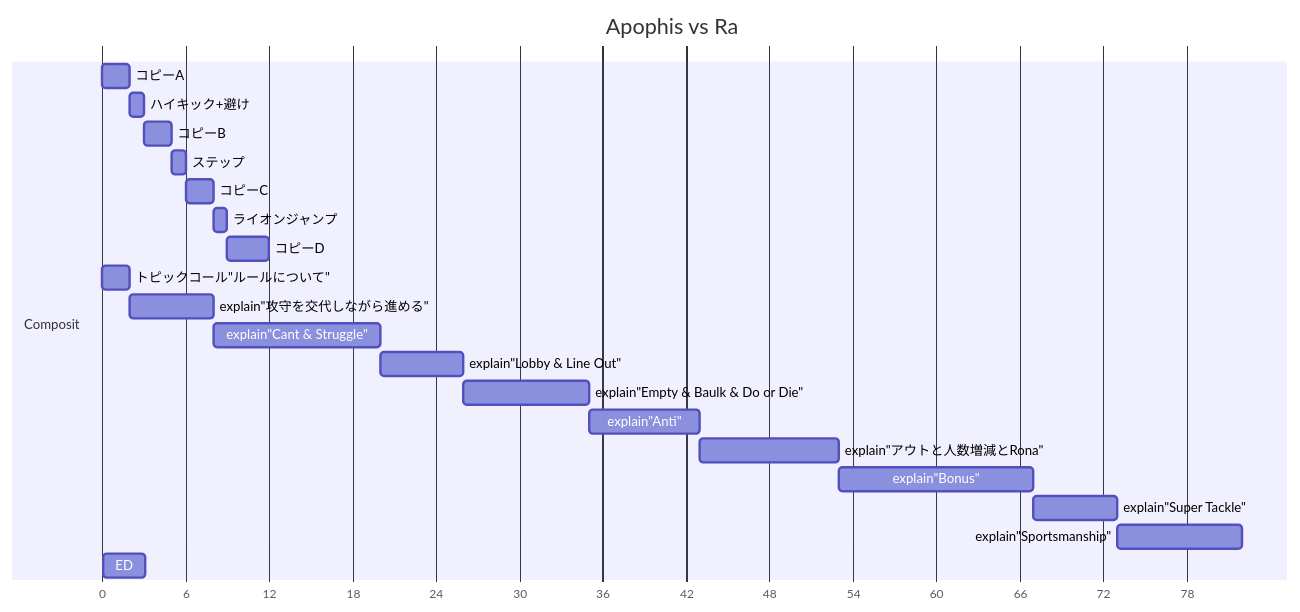
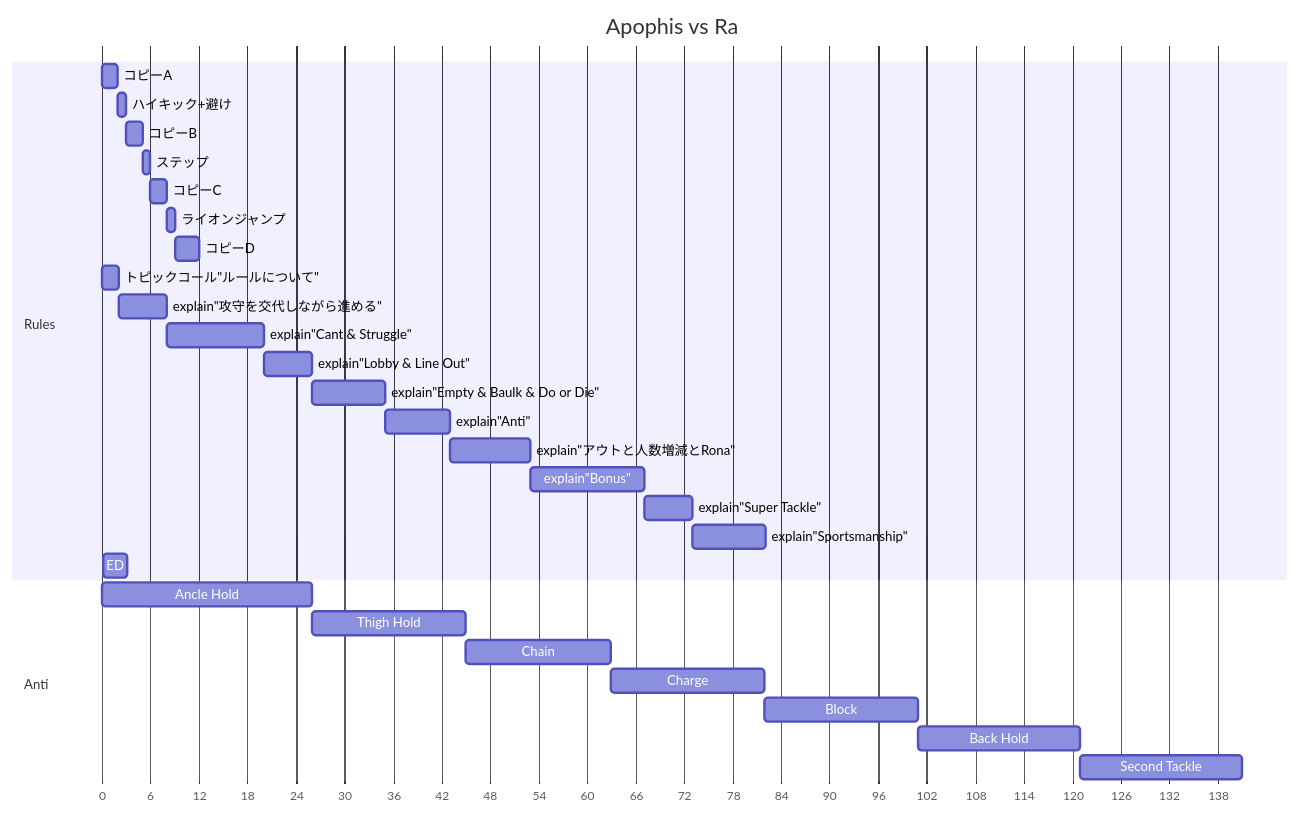
The first of 2 diagrams in README.md (4hoe8pow/Ancient), drawn with Mermaid before and after one commit.

````diff
--- a/README.md
+++ b/README.md
@@ -5,33 +5,42 @@
 ```mermaid
 gantt
     dateFormat  X
     axisFormat  %s
     tickInterval 6second
     title      Apophis vs Ra
     %% Unified to 97 seconds in total
 
     %% To avoid wasting time on titles like "Episode x: △△", use embedded objects in the opening scene for expression (it doesn't matter if it's unnoticed)
     %% ED === Next Episode Preview
 
-    section Composit
+    section Rules
     コピーA :e1, 0, 2s
     ハイキック+避け :e2, after e1, 1s
     コピーB : e3, after e2, 2s
     ステップ :e4, after e3, 1s
     コピーC : e5, after e4, 2s
     ライオンジャンプ :e6, after e5, 1s
     コピーD : e7, after e6, 3s
     トピックコール"ルールについて" : e8, 13, 2s
     explain"攻守を交代しながら進める" : e9, after e8, 6s
     explain"Cant & Struggle" : e10, after e9, 12s
     explain"Lobby & Line Out" : e11, after e10, 6s
     explain"Empty & Baulk & Do or Die" : e12, after e11, 9s
     explain"Anti" : e13, after e12, 8s
     explain"アウトと人数増減とRona" : e14, after e13, 10s
     explain"Bonus" : e15, after e14, 14s
     explain"Super Tackle" : e16, after e15, 6s
     explain"Sportsmanship" : e17, after e16, 9s
-    
     ED              :97, 3s
 
+    section Anti
+    Ancle Hold: m1, 0, 26s
+    Thigh Hold : m2, after m1, 19s
+    Chain : m3, after m2, 18s
+    Charge : m4, after m3, 19s
+    Block : m5, after m4, 19s
+    Back Hold : m6, after m5, 20s
+    Second Tackle : m7, after m6, 20s
+
+
 ```
````
